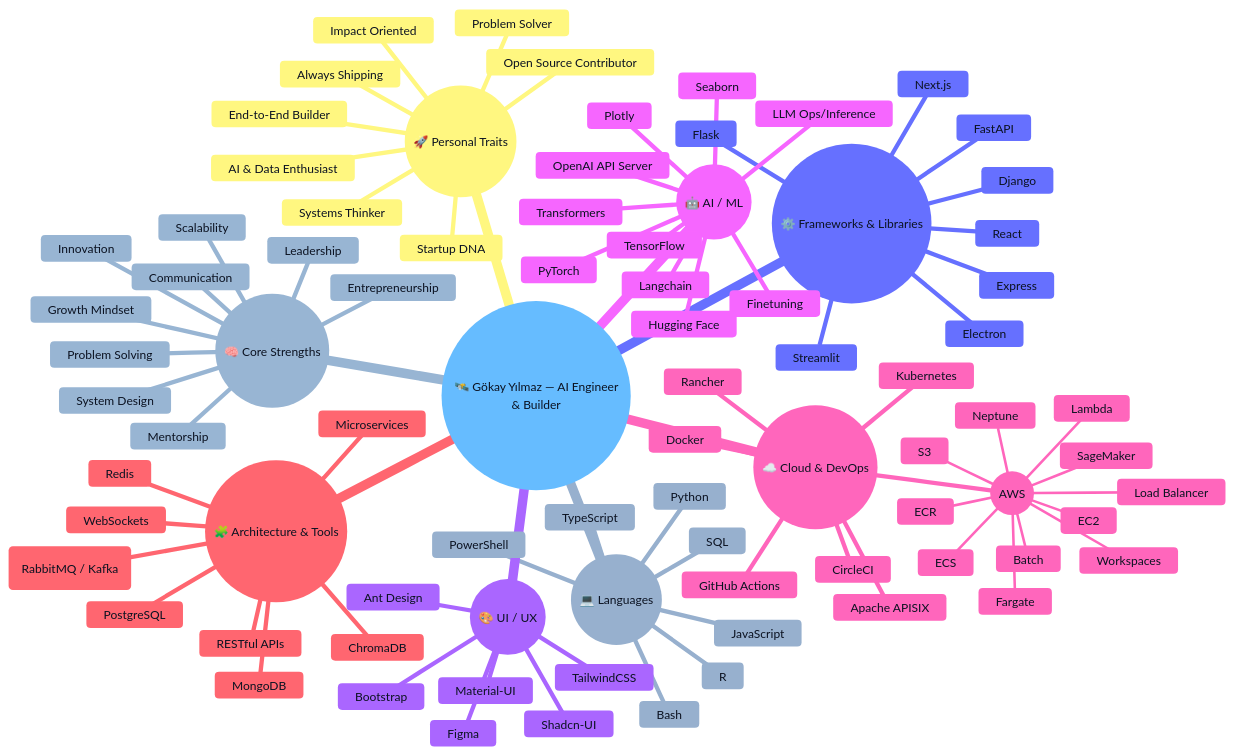
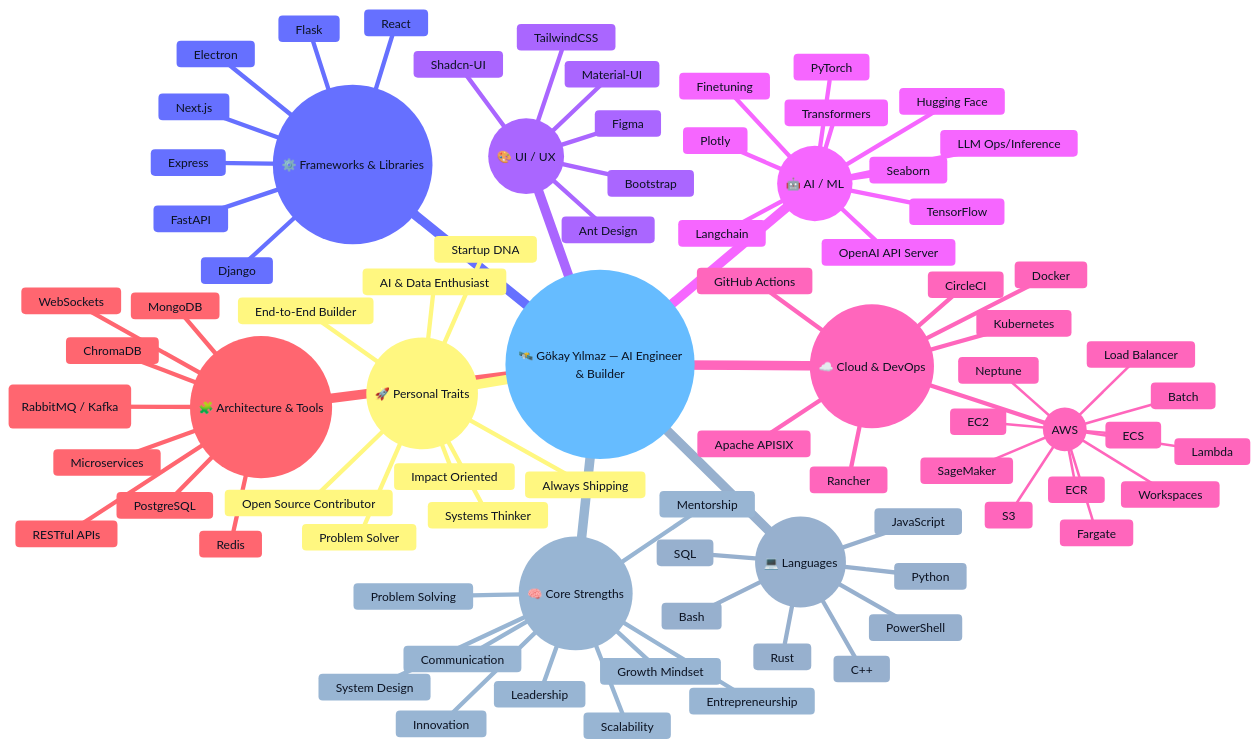
The diagram in README.md (GkyEla/GkyEla), drawn with Mermaid before and after one commit.

Commit message:
Update programming languages and frameworks in README
Replaced TypeScript and R with C++ and Rust in the languages section. Removed Streamlit from the frameworks section.

```diff
--- a/README.md
+++ b/README.md
@@ -31,8 +31,8 @@
     ((💻 Languages))
       Python
       JavaScript
-      TypeScript
-      R
+      C++
+      Rust
       SQL
       Bash
       PowerShell
@@ -44,7 +44,6 @@
       Django
       FastAPI
       Express
-      Streamlit
     ((🎨 UI / UX))
       Material-UI
       TailwindCSS
```
